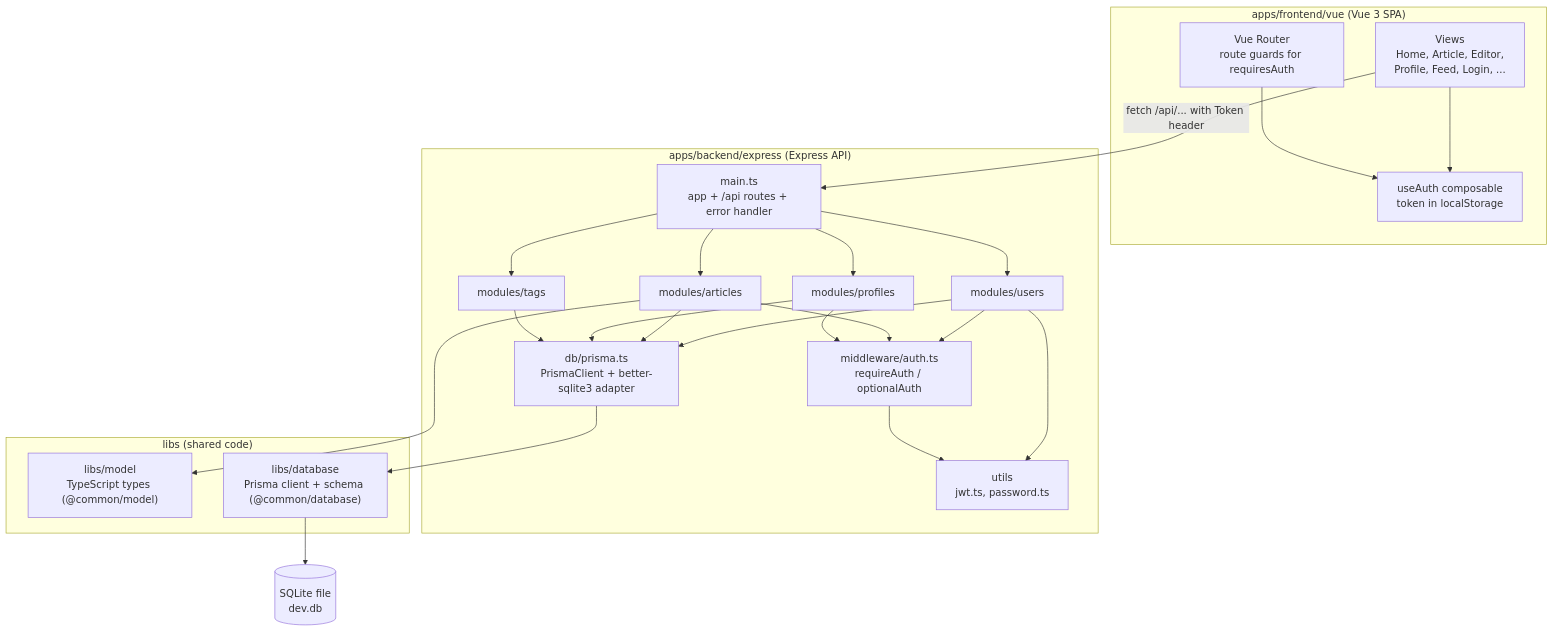
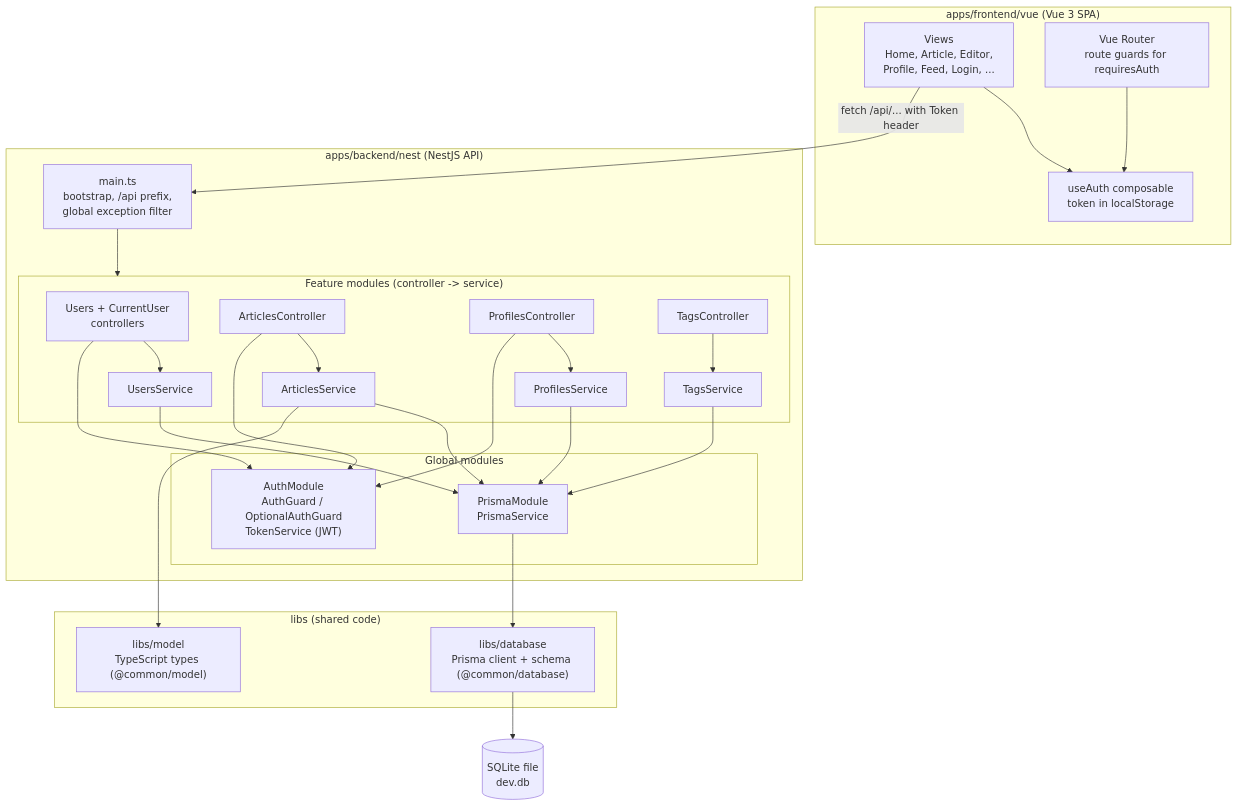
One commit to damnenby/conduit-project changed the second of 5 diagrams in docs/architecture.md. Above: the diagram before and after it, drawn with Mermaid. The commit also changed other lines of this file and 48 other files, not shown here.

First line of the commit message:
Migrate backend from Express to NestJS

````diff
--- a/docs/architecture.md
+++ b/docs/architecture.md
@@ -56,47 +56,55 @@
 ```mermaid
 flowchart TB
     subgraph fe["apps/frontend/vue (Vue 3 SPA)"]
         views["Views<br/>Home, Article, Editor,<br/>Profile, Feed, Login, ..."]
         router["Vue Router<br/>route guards for requiresAuth"]
         useAuth["useAuth composable<br/>token in localStorage"]
         views --> useAuth
         router --> useAuth
     end
 
-    subgraph be["apps/backend/express (Express API)"]
-        main["main.ts<br/>app + /api routes + error handler"]
-        authmw["middleware/auth.ts<br/>requireAuth / optionalAuth"]
-        users["modules/users"]
-        articles["modules/articles"]
-        profiles["modules/profiles"]
-        tags["modules/tags"]
-        utils["utils<br/>jwt.ts, password.ts"]
-        dbclient["db/prisma.ts<br/>PrismaClient + better-sqlite3 adapter"]
+    subgraph be["apps/backend/nest (NestJS API)"]
+        main["main.ts<br/>bootstrap, /api prefix,<br/>global exception filter"]
 
-        main --> users
-        main --> articles
-        main --> profiles
-        main --> tags
-        users --> authmw
-        articles --> authmw
-        profiles --> authmw
-        users --> utils
-        authmw --> utils
-        users --> dbclient
-        articles --> dbclient
-        profiles --> dbclient
-        tags --> dbclient
+        subgraph features["Feature modules (controller -> service)"]
+            usersC["Users + CurrentUser<br/>controllers"]
+            usersS["UsersService"]
+            artC["ArticlesController"]
+            artS["ArticlesService"]
+            profC["ProfilesController"]
+            profS["ProfilesService"]
+            tagC["TagsController"]
+            tagS["TagsService"]
+            usersC --> usersS
+            artC --> artS
+            profC --> profS
+            tagC --> tagS
+        end
+
+        subgraph globals["Global modules"]
+            auth["AuthModule<br/>AuthGuard / OptionalAuthGuard<br/>TokenService (JWT)"]
+            prismaS["PrismaModule<br/>PrismaService"]
+        end
+
+        main --> features
+        usersC --> auth
+        artC --> auth
+        profC --> auth
+        usersS --> prismaS
+        artS --> prismaS
+        profS --> prismaS
+        tagS --> prismaS
     end
 
     subgraph libs["libs (shared code)"]
         model["libs/model<br/>TypeScript types (@common/model)"]
         database["libs/database<br/>Prisma client + schema (@common/database)"]
     end
 
     db[("SQLite file<br/>dev.db")]
 
     views -->|"fetch /api/... with Token header"| main
-    articles --> model
-    dbclient --> database
+    artS --> model
+    prismaS --> database
     database --> db
 ```
````
